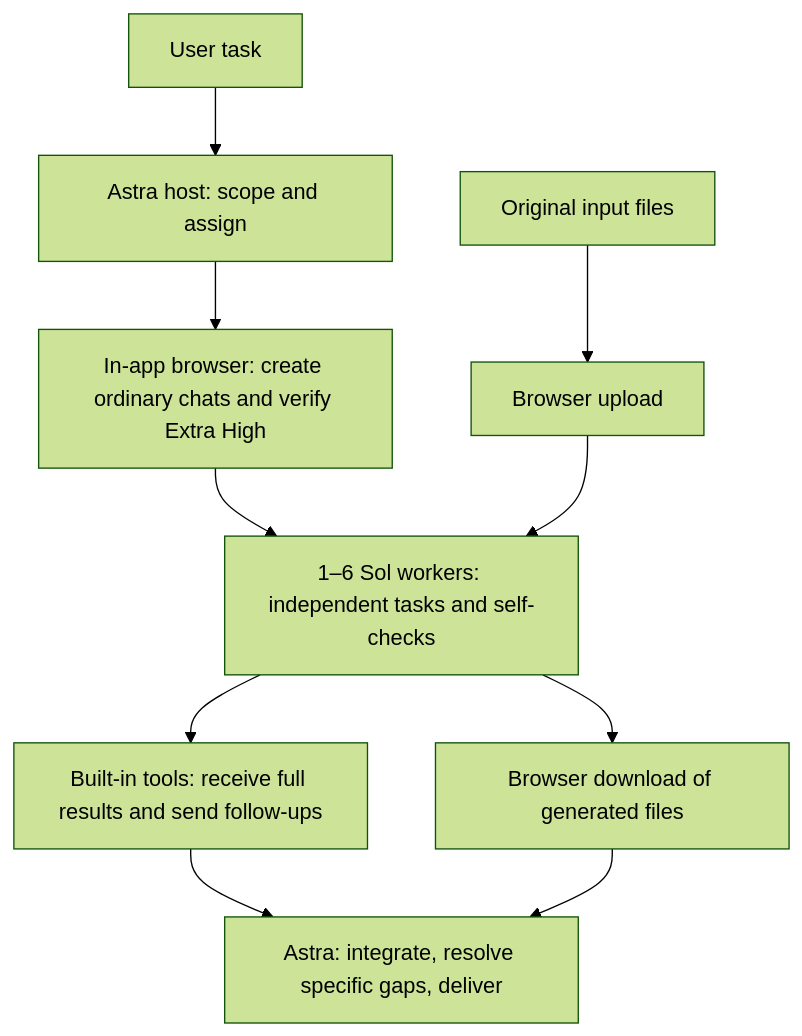
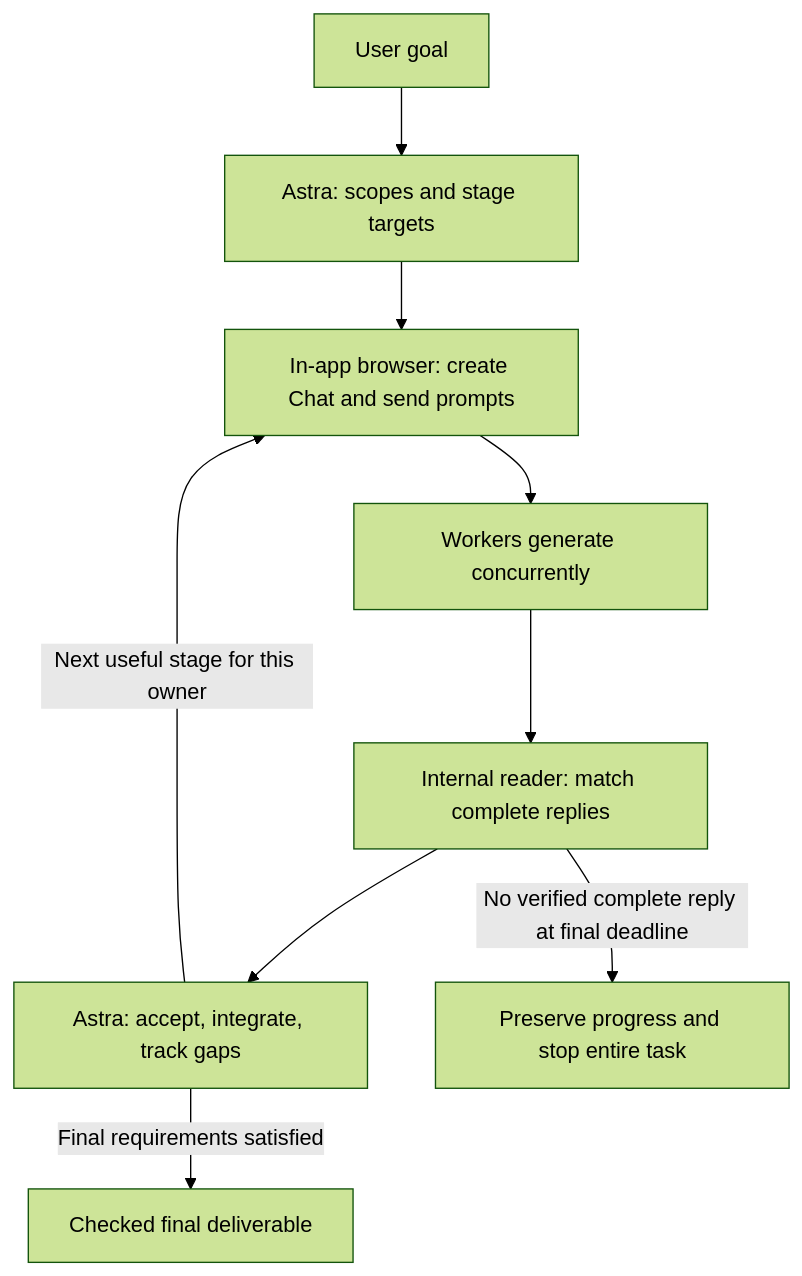
Before and after one commit to YUTA-fywoo/chatgpt-web-workers: the diagram in README.md, drawn with Mermaid (forest theme). The commit also changed other lines of this file and 2 other files, not shown here.

````diff
--- a/README.md
+++ b/README.md
@@ -40,12 +29,11 @@
 ```mermaid
 flowchart TD
-    A[User task] --> B[Astra host: scope and assign]
-    B --> C[In-app browser: create ordinary chats and verify Extra High]
-    C --> D[1–6 Sol workers: independent tasks and self-checks]
-    D --> E[Built-in tools: receive full results and send follow-ups]
-    E --> F[Astra: integrate, resolve specific gaps, deliver]
-    G[Original input files] --> H[Browser upload]
-    H --> D
-    D --> I[Browser download of generated files]
-    I --> F
+    A[User goal] --> B[Astra: scopes and stage targets]
+    B --> C[In-app browser: create Chat and send prompts]
+    C --> D[Workers generate concurrently]
+    D --> E[Internal reader: match complete replies]
+    E --> F[Astra: accept, integrate, track gaps]
+    F -->|Next useful stage for this owner| C
+    F -->|Final requirements satisfied| G[Checked final deliverable]
+    E -->|No verified complete reply at final deadline| H[Preserve progress and stop entire task]
 ```
````
